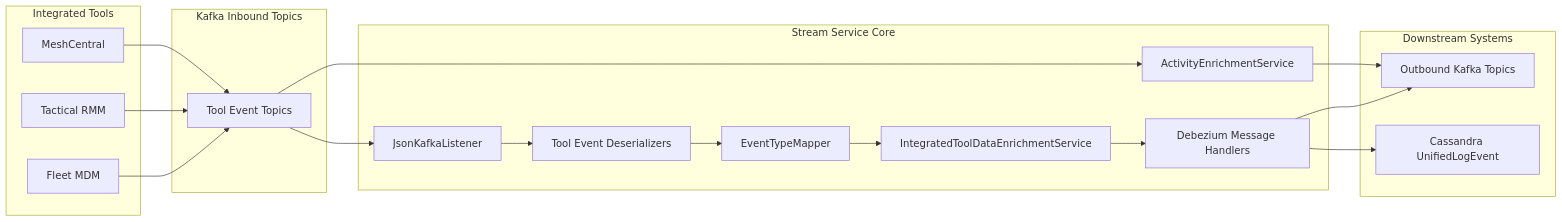
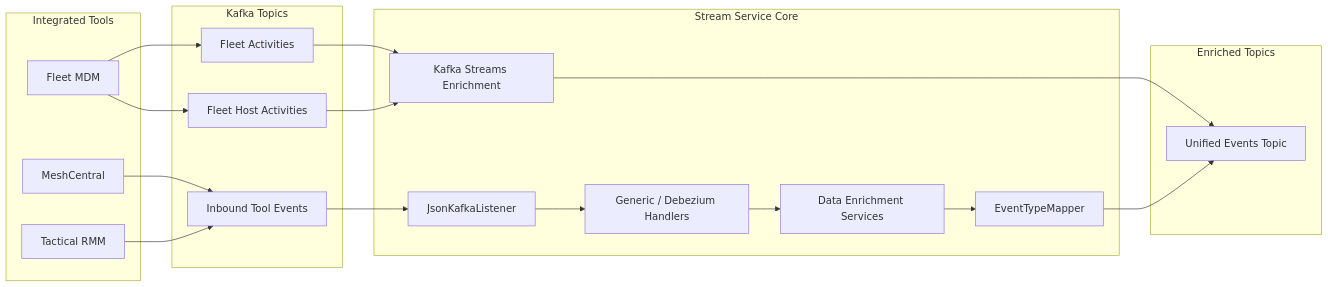
One commit to Praesto-Pro/openframe-oss-tenant changed the first of 7 diagrams in docs/architecture/stream-service-core/stream-service-core.md. Above: the diagram before and after it, drawn with Mermaid. The commit also changed other lines of this file and 149 other files, not shown here.

````diff
--- a/docs/architecture/stream-service-core/stream-service-core.md
+++ b/docs/architecture/stream-service-core/stream-service-core.md
@@ -13,41 +30,40 @@
 ```mermaid
 flowchart LR
     subgraph tools["Integrated Tools"]
+        Mesh["MeshCentral"]
+        Tactical["Tactical RMM"]
         Fleet["Fleet MDM"]
-        Tactical["Tactical RMM"]
-        Mesh["MeshCentral"]
     end
 
-    subgraph ingestion["Kafka Inbound Topics"]
-        InTopics["Tool Event Topics"]
+    subgraph kafka["Kafka Topics"]
+        RawEvents["Inbound Tool Events"]
+        Activities["Fleet Activities"]
+        HostActivities["Fleet Host Activities"]
     end
 
-    subgraph streamcore["Stream Service Core"]
+    subgraph stream["Stream Service Core"]
         Listener["JsonKafkaListener"]
-        Deserializer["Tool Event Deserializers"]
+        Processor["Generic / Debezium Handlers"]
+        Enrichment["Data Enrichment Services"]
+        Streams["Kafka Streams Enrichment"]
         Mapper["EventTypeMapper"]
-        Enrichment["IntegratedToolDataEnrichmentService"]
-        Handlers["Debezium Message Handlers"]
-        Streams["ActivityEnrichmentService"]
     end
 
-    subgraph downstream["Downstream Systems"]
-        KafkaOut["Outbound Kafka Topics"]
-        Cassandra["Cassandra UnifiedLogEvent"]
+    subgraph output["Enriched Topics"]
+        UnifiedEvents["Unified Events Topic"]
     end
 
-    Fleet --> InTopics
-    Tactical --> InTopics
-    Mesh --> InTopics
+    Mesh --> RawEvents
+    Tactical --> RawEvents
+    Fleet --> Activities
+    Fleet --> HostActivities
 
-    InTopics --> Listener
-    Listener --> Deserializer
-    Deserializer --> Mapper
-    Mapper --> Enrichment
-    Enrichment --> Handlers
-    Handlers --> KafkaOut
-    Handlers --> Cassandra
-
-    InTopics --> Streams
-    Streams --> KafkaOut
+    RawEvents --> Listener
+    Listener --> Processor
+    Processor --> Enrichment
+    Enrichment --> Mapper
+    Activities --> Streams
+    HostActivities --> Streams
+    Streams --> UnifiedEvents
+    Mapper --> UnifiedEvents
 ```
````
